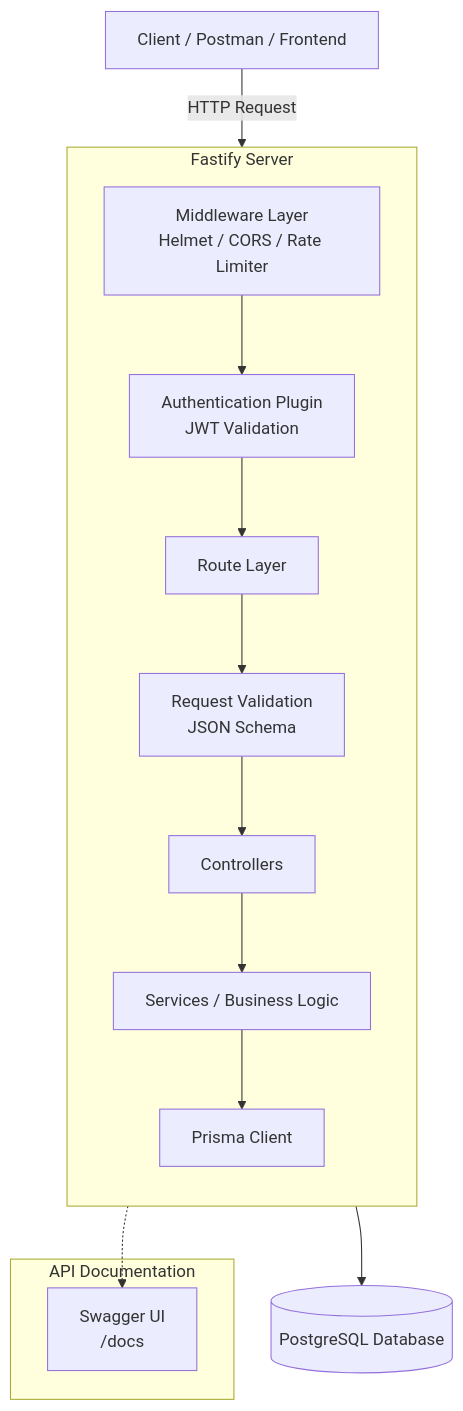
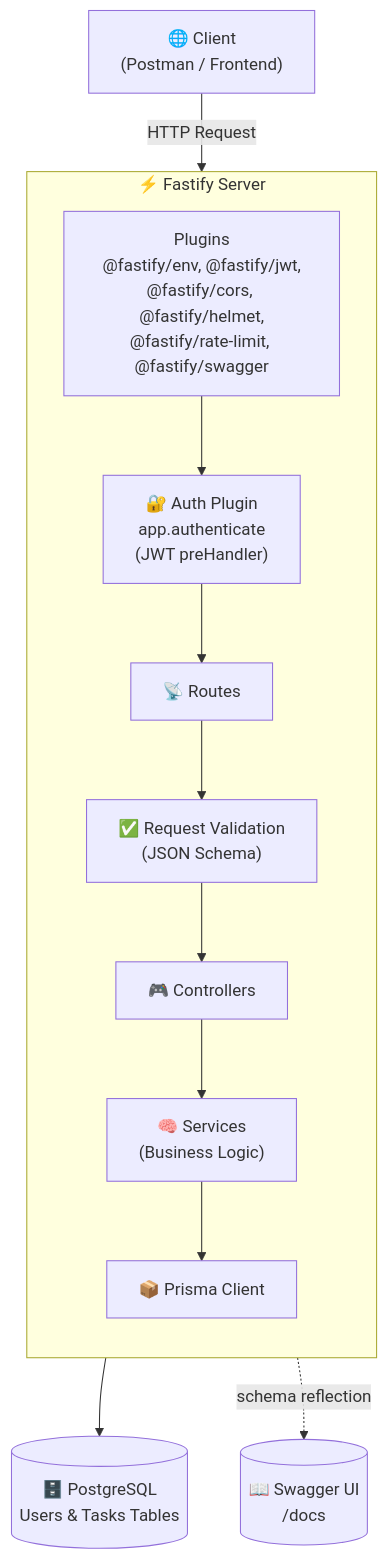
One commit to rajesh-kayal-dev/advanced-backend-engineering changed the first of 3 diagrams in level6/fastify/task-api/README.md. Above: the diagram before and after it, drawn with Mermaid. The commit also changed other lines of this file, not shown here.

Commit message:
docs: update README with enhanced tech stack details, architecture diagrams, and improved formatting

````diff
--- a/level6/fastify/task-api/README.md
+++ b/level6/fastify/task-api/README.md
@@ -26,32 +35,28 @@
 ```mermaid
 flowchart TB
-  Client[Client / Postman / Frontend]
+  Client["🌐 Client<br/>(Postman / Frontend)"]
 
-  subgraph Fastify_Server [Fastify Server]
+  subgraph Fastify_Server["⚡ Fastify Server"]
     direction TB
-    MW[Middleware Layer<br/>Helmet / CORS / Rate Limiter]
-    Auth[Authentication Plugin<br/>JWT Validation]
-    Routes[Route Layer]
-    Val[Request Validation<br/>JSON Schema]
-    Ctrl[Controllers]
-    Svc[Services / Business Logic]
-    Prisma[Prisma Client]
+    PL["Plugins<br/>@fastify/env, @fastify/jwt,<br/>@fastify/cors, @fastify/helmet,<br/>@fastify/rate-limit, @fastify/swagger"]
+    AUTH["🔐 Auth Plugin<br/>app.authenticate<br/>(JWT preHandler)"]
+    RT["📡 Routes"]
+    VAL["✅ Request Validation<br/>(JSON Schema)"]
+    CTRL["🎮 Controllers"]
+    SVC["🧠 Services<br/>(Business Logic)"]
+    PRISMA["📦 Prisma Client"]
   end
 
-  PG[(PostgreSQL Database)]
+  DB[("🗄️ PostgreSQL<br/>Users & Tasks Tables")]
+  SW[("📖 Swagger UI<br/>/docs")]
 
-  Client -->|HTTP Request| MW
-  MW --> Auth
-  Auth --> Routes
-  Routes --> Val
-  Val --> Ctrl
-  Ctrl --> Svc
-  Svc --> Prisma
-  Prisma --> PG
-
-  subgraph Docs [API Documentation]
-    SW[Swagger UI<br/>/docs]
-  end
-
-  Routes -.-> SW
+  Client -->|"HTTP Request"| PL
+  PL --> AUTH
+  AUTH --> RT
+  RT --> VAL
+  VAL --> CTRL
+  CTRL --> SVC
+  SVC --> PRISMA
+  PRISMA --> DB
+  RT -.->|"schema reflection"| SW
 ```
````
